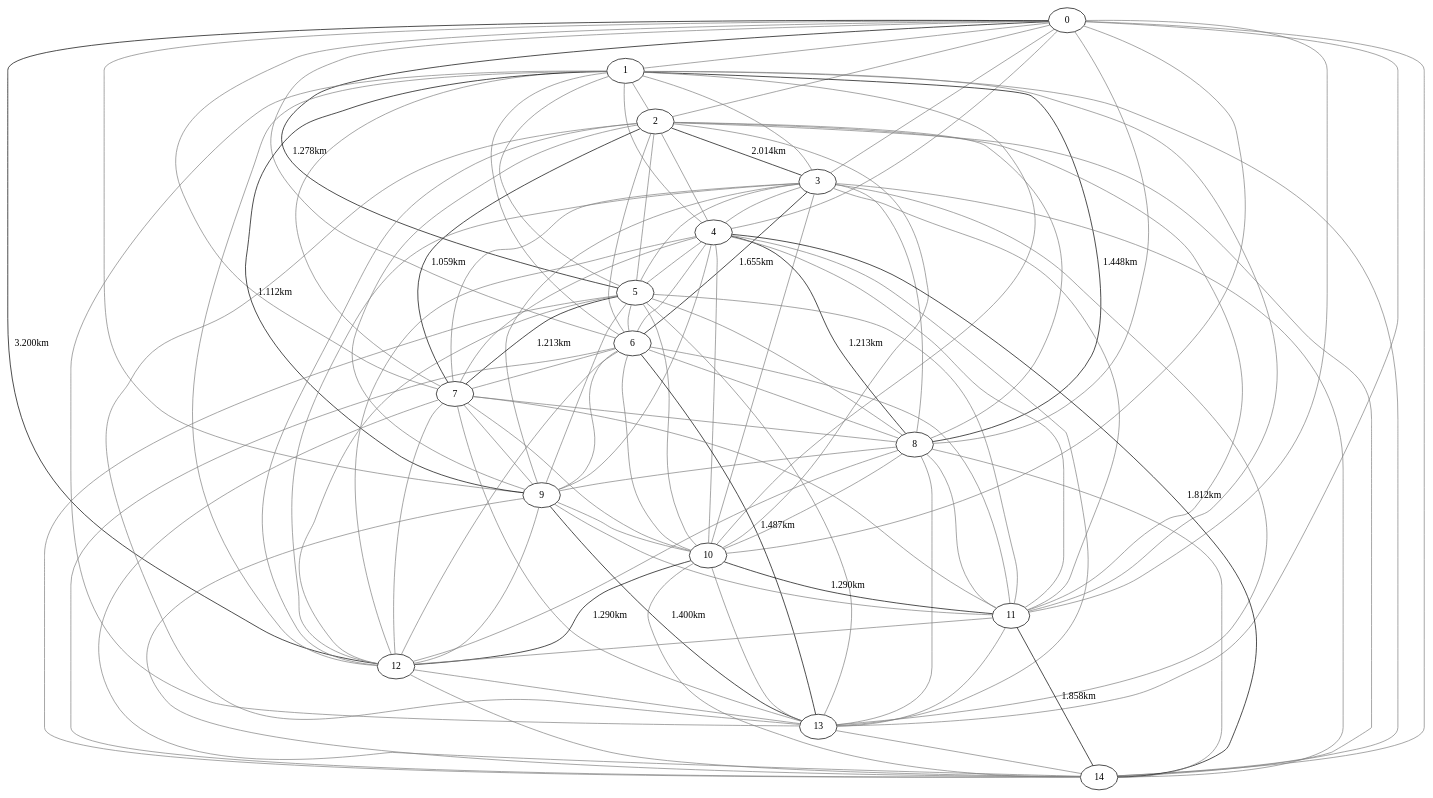
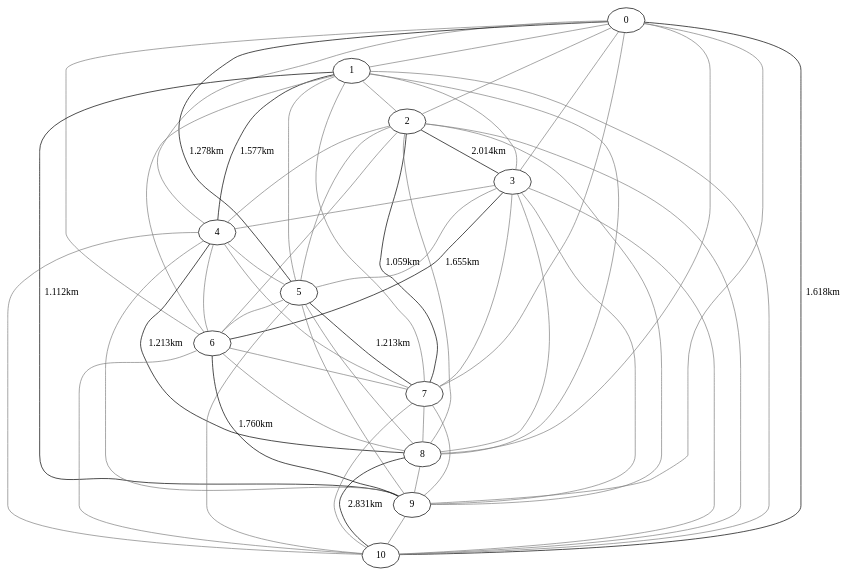
One commit to RenatoMoraesUFES/MCVRPIRFTW changed the diagram in bin/OUTPUT/05-C10F2M3_solucao_pcv.dot. Above: the diagram before and after it, drawn with Graphviz. The commit also changed 8 other files, not shown here.

```diff
--- a/bin/OUTPUT/05-C10F2M3_solucao_pcv.dot
+++ b/bin/OUTPUT/05-C10F2M3_solucao_pcv.dot
@@ -1,107 +1,57 @@
 strict graph {
 0--1 [color=grey];
 0--2 [color=grey];
 0--3 [color=grey];
 0--4 [color=grey];
 0--5 [label =  "1.278km"];
 0--6 [color=grey];
 0--7 [color=grey];
 0--8 [color=grey];
 0--9 [color=grey];
-0--10 [color=grey];
-0--11 [color=grey];
-0--12 [label =  "3.200km"];
-0--13 [color=grey];
-0--14 [color=grey];
+0--10 [label =  "1.618km"];
 1--2 [color=grey];
 1--3 [color=grey];
-1--4 [color=grey];
+1--4 [label =  "1.577km"];
 1--5 [color=grey];
 1--6 [color=grey];
 1--7 [color=grey];
-1--8 [label =  "1.448km"];
+1--8 [color=grey];
 1--9 [label = "1.112km"];
 1--10 [color=grey];
-1--11 [color=grey];
-1--12 [color=grey];
-1--13 [color=grey];
-1--14 [color=grey];
 2--3 [label =  "2.014km"];
 2--4 [color=grey];
 2--5 [color=grey];
 2--6 [color=grey];
 2--7 [label = "1.059km"];
 2--8 [color=grey];
 2--9 [color=grey];
 2--10 [color=grey];
-2--11 [color=grey];
-2--12 [color=grey];
-2--13 [color=grey];
-2--14 [color=grey];
 3--4 [color=grey];
 3--5 [color=grey];
 3--6 [label =  "1.655km"];
 3--7 [color=grey];
 3--8 [color=grey];
 3--9 [color=grey];
 3--10 [color=grey];
-3--11 [color=grey];
-3--12 [color=grey];
-3--13 [color=grey];
-3--14 [color=grey];
 4--5 [color=grey];
 4--6 [color=grey];
 4--7 [color=grey];
-4--8 [label = "1.213km"];
+4--8 [label =  "1.213km"];
 4--9 [color=grey];
 4--10 [color=grey];
-4--11 [color=grey];
-4--12 [color=grey];
-4--13 [color=grey];
-4--14 [label =  "1.812km"];
 5--6 [color=grey];
 5--7 [label =  "1.213km"];
 5--8 [color=grey];
 5--9 [color=grey];
 5--10 [color=grey];
-5--11 [color=grey];
-5--12 [color=grey];
-5--13 [color=grey];
-5--14 [color=grey];
 6--7 [color=grey];
 6--8 [color=grey];
-6--9 [color=grey];
+6--9 [label =  "1.760km"];
 6--10 [color=grey];
-6--11 [color=grey];
-6--12 [color=grey];
-6--13 [label =  "1.487km"];
-6--14 [color=grey];
 7--8 [color=grey];
 7--9 [color=grey];
 7--10 [color=grey];
-7--11 [color=grey];
-7--12 [color=grey];
-7--13 [color=grey];
-7--14 [color=grey];
 8--9 [color=grey];
-8--10 [color=grey];
-8--11 [color=grey];
-8--12 [color=grey];
-8--13 [color=grey];
-8--14 [color=grey];
+8--10 [label =  "2.831km"];
 9--10 [color=grey];
-9--11 [color=grey];
-9--12 [color=grey];
-9--13 [label = "1.400km"];
-9--14 [color=grey];
-10--11 [label = "1.290km"];
-10--12 [label =  "1.290km"];
-10--13 [color=grey];
-10--14 [color=grey];
-11--12 [color=grey];
-11--13 [color=grey];
-11--14 [label = "1.858km"];
-12--13 [color=grey];
-12--14 [color=grey];
-13--14 [color=grey];
 }
```
